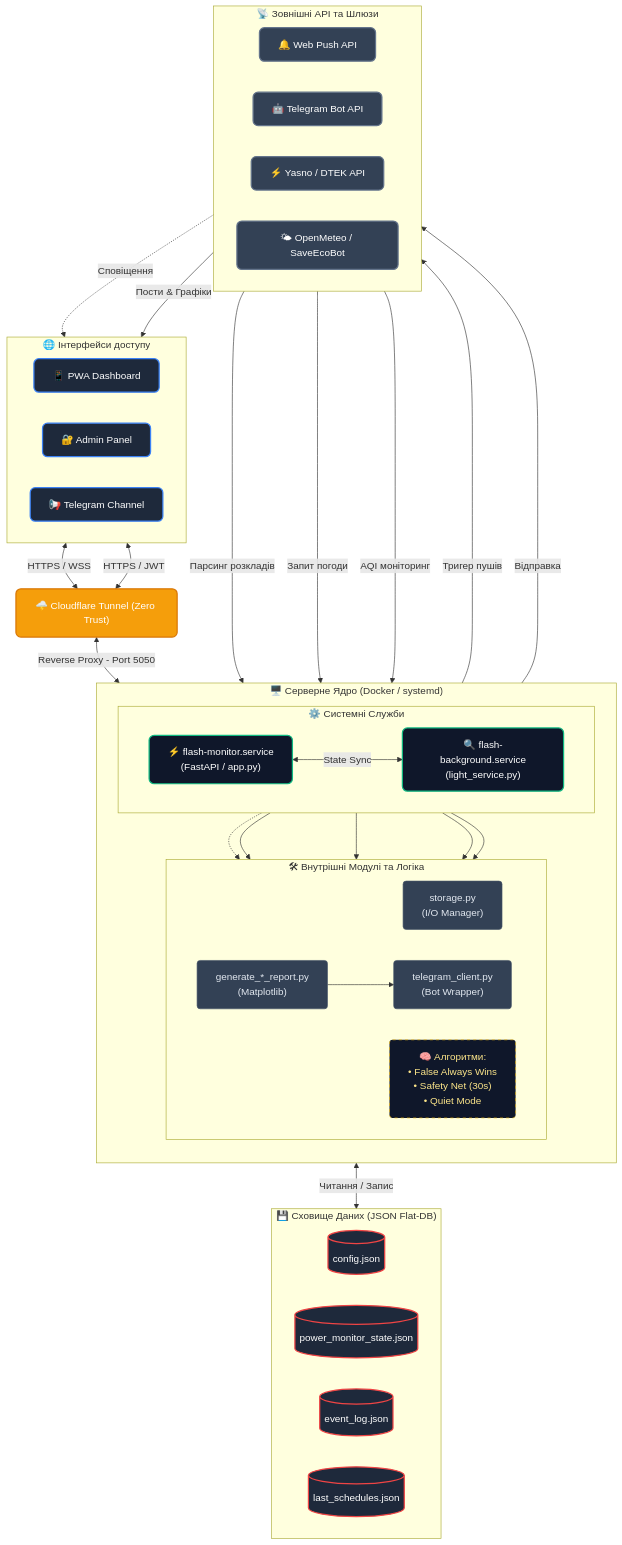
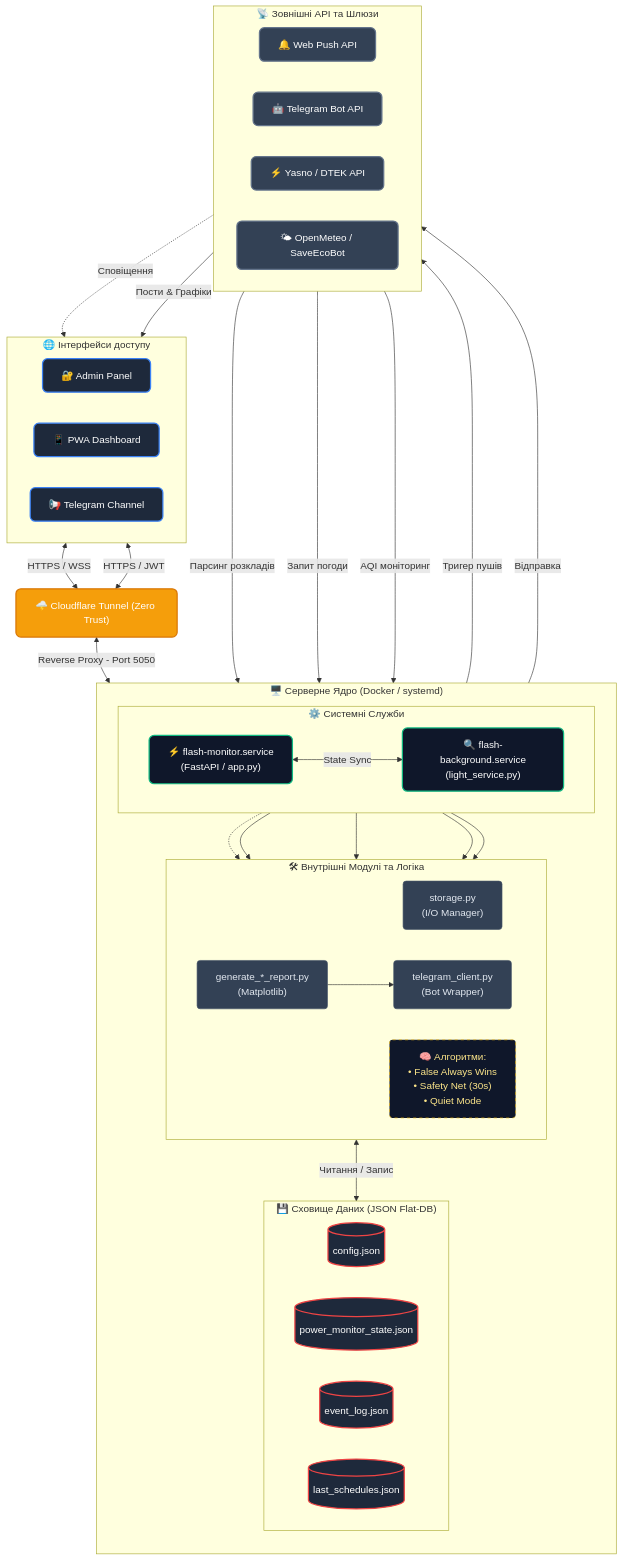
The diagram in README.md (weby-homelab/flash-monitor-kyiv), drawn with Mermaid before and after one commit.

Commit message:
Enhance README with DataLayer subgraph
Added DataLayer subgraph to illustrate data storage components.

````diff
--- a/README.md
+++ b/README.md
@@ -90,79 +90,80 @@
 ```mermaid
 flowchart TB
     %% Colors & Styles
     classDef client fill:#1e293b,stroke:#3b82f6,stroke-width:2px,color:#fff,rx:8px,ry:8px
     classDef cloudflare fill:#f59e0b,stroke:#d97706,stroke-width:2px,color:#fff,rx:8px,ry:8px
     classDef server fill:#0f172a,stroke:#10b981,stroke-width:2px,color:#fff,rx:8px,ry:8px
     classDef module fill:#334155,stroke:#475569,stroke-width:1px,color:#e2e8f0,rx:5px,ry:5px
     classDef db fill:#1e293b,stroke:#ef4444,stroke-width:2px,color:#fff,rx:8px,ry:8px
     classDef ext_api fill:#334155,stroke:#64748b,stroke-width:2px,color:#fff,rx:8px,ry:8px
     classDef logic fill:#0f172a,stroke:#eab308,stroke-width:1px,color:#fde68a,rx:5px,ry:5px,stroke-dasharray: 5 5
 
     subgraph TopLayer ["🌐 Інтерфейси доступу"]
         direction LR
+        Admin["🔐 Admin Panel"]:::client
         PWA["📱 PWA Dashboard"]:::client
-        Admin["🔐 Admin Panel"]:::client
         Subscribers["📢 Telegram Channel"]:::client
     end
 
     CF["🌩️ Cloudflare Tunnel (Zero Trust)"]:::cloudflare
 
     PWA <-->|HTTPS / WSS| CF
     Admin <-->|HTTPS / JWT| CF
 
     subgraph CoreLayer ["🖥️ Серверне Ядро (Docker / systemd)"]
         direction TB
 
         subgraph Services ["⚙️ Системні Служби"]
             direction LR
             API["⚡ flash-monitor.service<br/>(FastAPI / app.py)"]:::server
             Worker["🔍 flash-background.service<br/>(light_service.py)"]:::server
         end
+
+    subgraph DataLayer ["💾 Сховище Даних (JSON Flat-DB)"]
+        direction LR
+        Config[("config.json")]:::db
+        State[("power_monitor_state.json")]:::db
+        Logs[("event_log.json")]:::db
+        Sched[("last_schedules.json")]:::db
+    end
+
+    Storage <-->|Читання / Запис| DataLayer
 
         subgraph Modules ["🛠 Внутрішні Модулі та Логіка"]
             direction LR
             Storage["storage.py<br/>(I/O Manager)"]:::module
             Reports["generate_*_report.py<br/>(Matplotlib)"]:::module
             TgClient["telegram_client.py<br/>(Bot Wrapper)"]:::module
             Rules["🧠 Алгоритми:<br/>• False Always Wins<br/>• Safety Net (30s)<br/>• Quiet Mode"]:::logic
         end
 
         API <-->|State Sync| Worker
         Worker -.-> Rules
         Worker --> Reports
         Worker --> TgClient
         Reports --> TgClient
         API --> Storage
         Worker --> Storage
     end
 
     CF <-->|Reverse Proxy - Port 5050| API
 
-    subgraph DataLayer ["💾 Сховище Даних (JSON Flat-DB)"]
-        direction LR
-        Config[("config.json")]:::db
-        State[("power_monitor_state.json")]:::db
-        Logs[("event_log.json")]:::db
-        Sched[("last_schedules.json")]:::db
-    end
-
-    Storage <-->|Читання / Запис| DataLayer
-
     subgraph ExternalLayer ["📡 Зовнішні API та Шлюзи"]
         direction LR
         PushAPI["🔔 Web Push API"]:::ext_api
         TgAPI["🤖 Telegram Bot API"]:::ext_api
         Energy["⚡ Yasno / DTEK API"]:::ext_api
         Meteo["🌤 OpenMeteo / SaveEcoBot"]:::ext_api
     end
 
     API -->|Тригер пушів| PushAPI
     PushAPI -.->|Сповіщення| PWA
     
     TgClient -->|Відправка| TgAPI
     TgAPI -->|Пости & Графіки| Subscribers
     
     Energy -->|Парсинг розкладів| Worker
     Meteo -->|Запит погоди| API
     Meteo -->|AQI моніторинг| Worker
+
 ```
````
